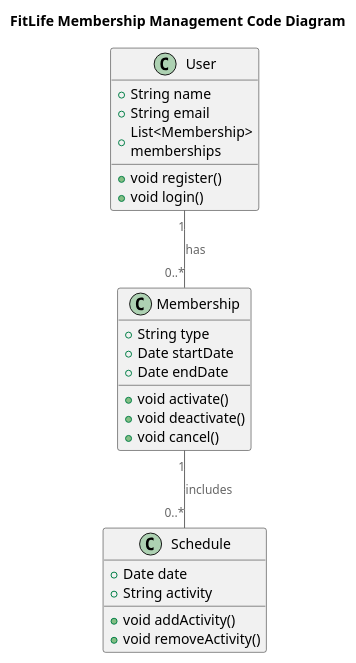
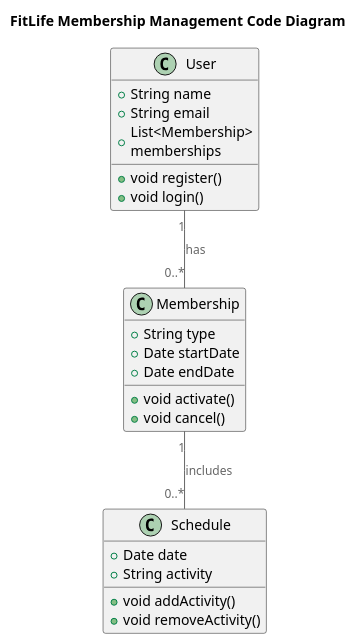
Before and after one commit to tashimotor/architecture-sprint-3-practice: the diagram in diagrams/code/FitLife_Code_Membership.puml, drawn with PlantUML. The commit also changed 11 other files, not shown here.

```diff
--- a/diagrams/code/FitLife_Code_Membership.puml
+++ b/diagrams/code/FitLife_Code_Membership.puml
@@ -1,35 +1,34 @@
 @startuml
 title FitLife Membership Management Code Diagram
 
 top to bottom direction
 
 !includeurl https://raw.githubusercontent.com/RicardoNiepel/C4-PlantUML/master/C4_Component.puml
 
 class User {
   +String name
   +String email
   +List<Membership> memberships
   +void register()
   +void login()
 }
 
 class Membership {
   +String type
   +Date startDate
   +Date endDate
   +void activate()
-  +void deactivate()
   +void cancel()
 }
 
 class Schedule {
   +Date date
   +String activity
   +void addActivity()
   +void removeActivity()
 }
 
 User "1" -- "0..*" Membership : has
 Membership "1" -- "0..*" Schedule : includes
 
 @enduml
```
